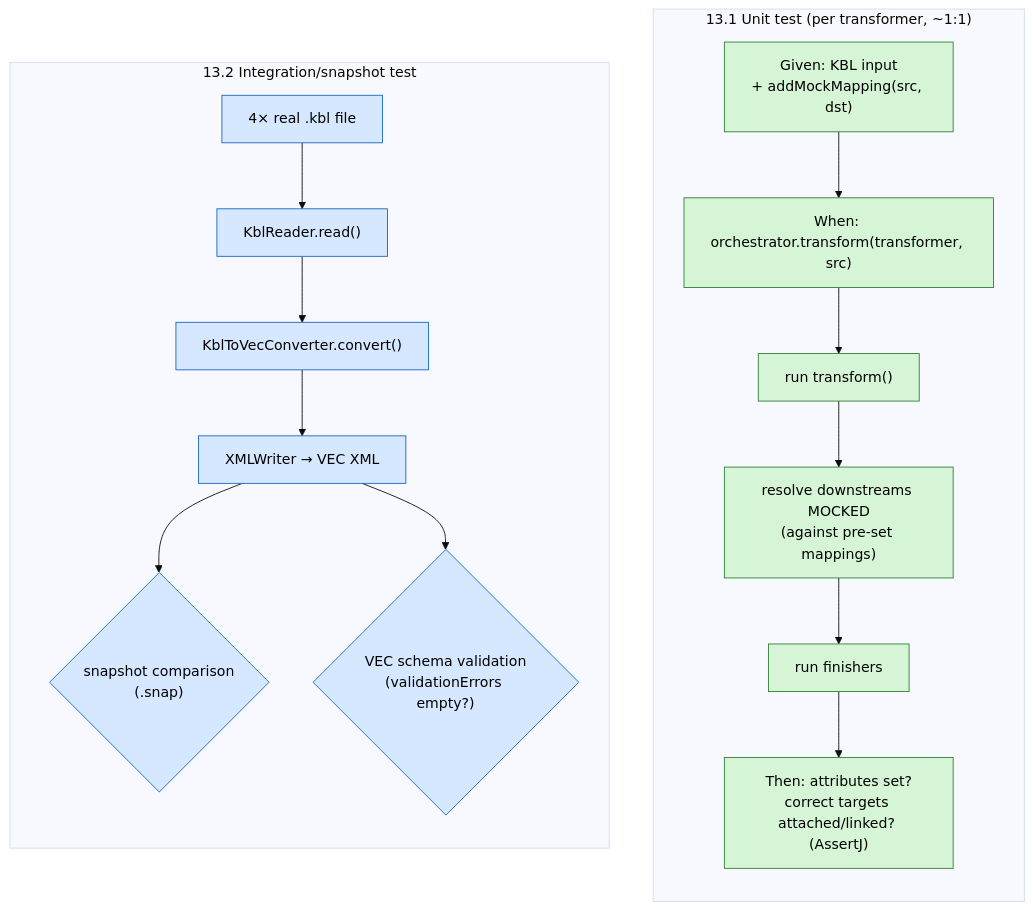
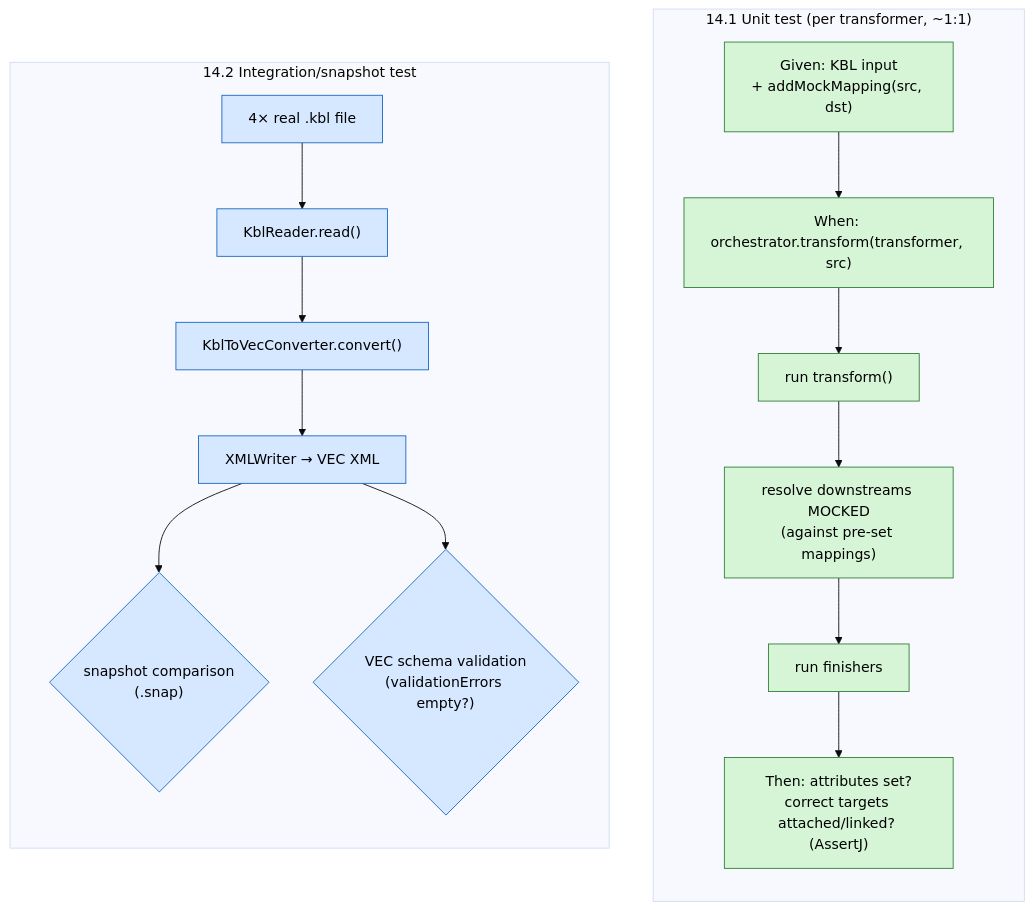
One commit to 4Soft-de/harness-model changed the seventh of 7 diagrams in kbl2vec/ARCHITECTURE.md. Above: the diagram before and after it, drawn with Mermaid (base theme). The commit also changed other lines of this file and 2 other files, not shown here.

````diff
--- a/kbl2vec/ARCHITECTURE.md
+++ b/kbl2vec/ARCHITECTURE.md
@@ -582,25 +631,25 @@
 ```mermaid
 flowchart TB
-    subgraph UNIT["13.1 Unit test (per transformer, ~1:1)"]
+    subgraph UNIT["14.1 Unit test (per transformer, ~1:1)"]
         direction TB
         G["Given: KBL input<br/>+ addMockMapping(src, dst)"] --> W["When: orchestrator.transform(transformer, src)"]
         W --> T1["run transform()"]
         T1 --> T2["resolve downstreams MOCKED<br/>(against pre-set mappings)"]
         T2 --> T3["run finishers"]
         T3 --> Th["Then: attributes set?<br/>correct targets attached/linked? (AssertJ)"]
     end
 
-    subgraph E2E["13.2 Integration/snapshot test"]
+    subgraph E2E["14.2 Integration/snapshot test"]
         direction TB
         K["4× real .kbl file"] --> R["KblReader.read()"]
         R --> C["KblToVecConverter.convert()"]
         C --> X["XMLWriter → VEC XML"]
         X --> S{"snapshot comparison<br/>(.snap)"}
         X --> V{"VEC schema validation<br/>(validationErrors empty?)"}
     end
 
     classDef unit fill:#d6f5d6,stroke:#2e7d32,color:#000;
     classDef e2e fill:#d6e8ff,stroke:#1565c0,color:#000;
     class G,W,T1,T2,T3,Th unit;
     class K,R,C,X,S,V e2e;
 ```
````
